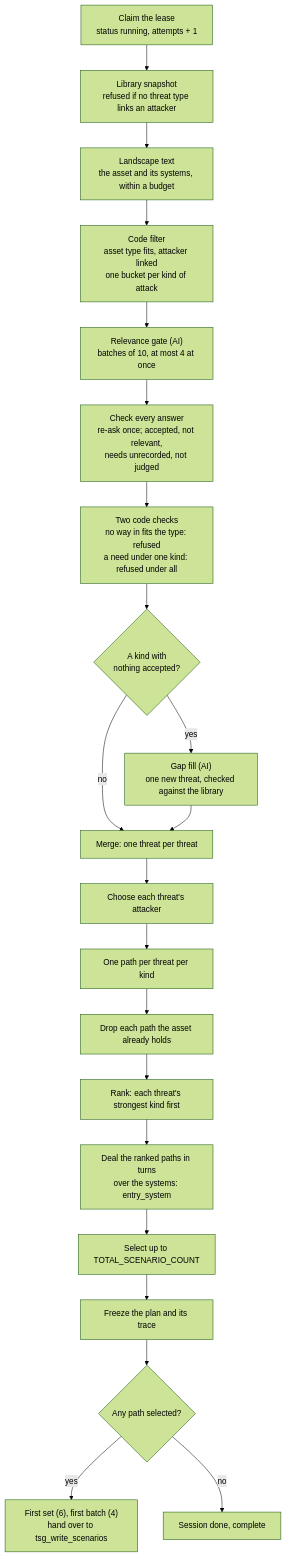
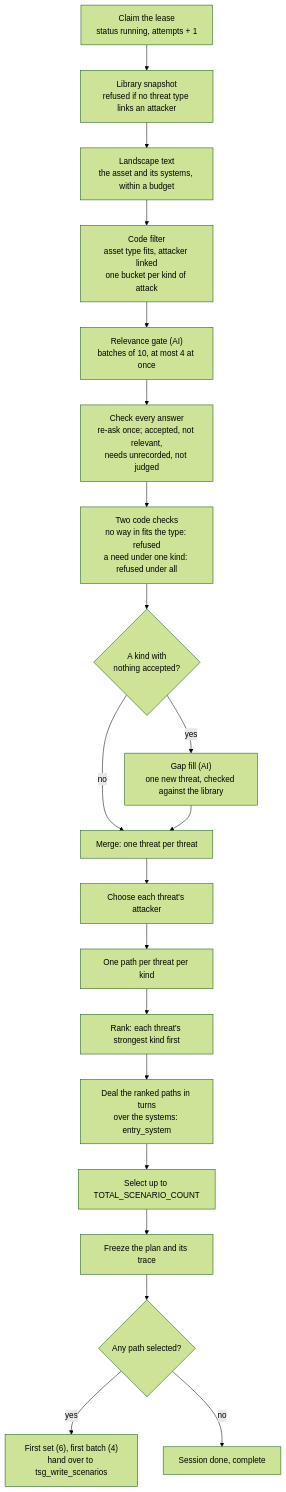
Before and after one commit to gopalchettri/cii: the fifth of 13 diagrams in docs/TSG_END_TO_END_FLOW.md, drawn with Mermaid (forest theme). The commit also changed other lines of this file and 19 other files, not shown here.

````diff
--- a/docs/TSG_END_TO_END_FLOW.md
+++ b/docs/TSG_END_TO_END_FLOW.md
@@ -976,23 +976,22 @@
 ```mermaid
 flowchart TB
     A["Claim the lease<br/>status running, attempts + 1"] --> B["Library snapshot<br/>refused if no threat type links an attacker"]
     B --> C["Landscape text<br/>the asset and its systems, within a budget"]
     C --> D["Code filter<br/>asset type fits, attacker linked<br/>one bucket per kind of attack"]
     D --> E["Relevance gate (AI)<br/>batches of 10, at most 4 at once"]
     E --> F["Check every answer<br/>re-ask once; accepted, not relevant,<br/>needs unrecorded, not judged"]
     F --> G["Two code checks<br/>no way in fits the type: refused<br/>a need under one kind: refused under all"]
     G --> H{"A kind with<br/>nothing accepted?"}
     H -- yes --> I["Gap fill (AI)<br/>one new threat, checked against the library"]
     H -- no --> J["Merge: one threat per threat"]
     I --> J
     J --> K["Choose each threat's attacker"]
     K --> L["One path per threat per kind"]
-    L --> M["Drop each path the asset already holds"]
-    M --> N["Rank: each threat's strongest kind first"]
+    L --> N["Rank: each threat's strongest kind first"]
     N --> O["Deal the ranked paths in turns<br/>over the systems: entry_system"]
     O --> P["Select up to TOTAL_SCENARIO_COUNT"]
     P --> Q["Freeze the plan and its trace"]
     Q --> R{"Any path selected?"}
     R -- yes --> S["First set (6), first batch (4)<br/>hand over to tsg_write_scenarios"]
     R -- no --> T["Session done, complete"]
 ```
````
